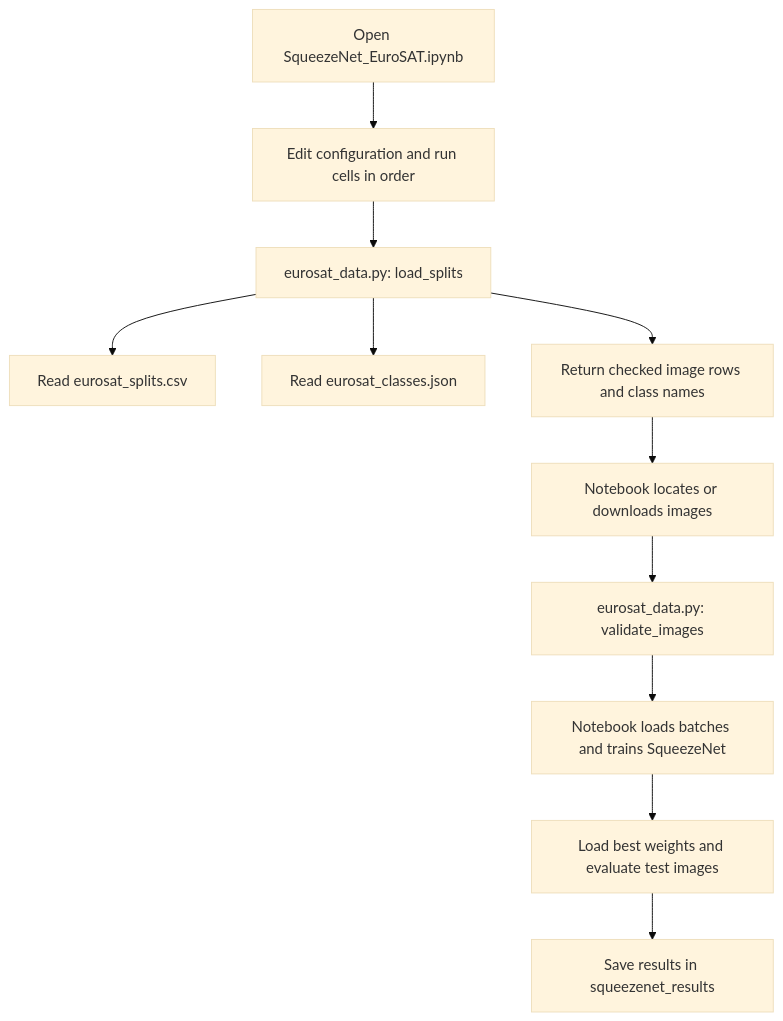
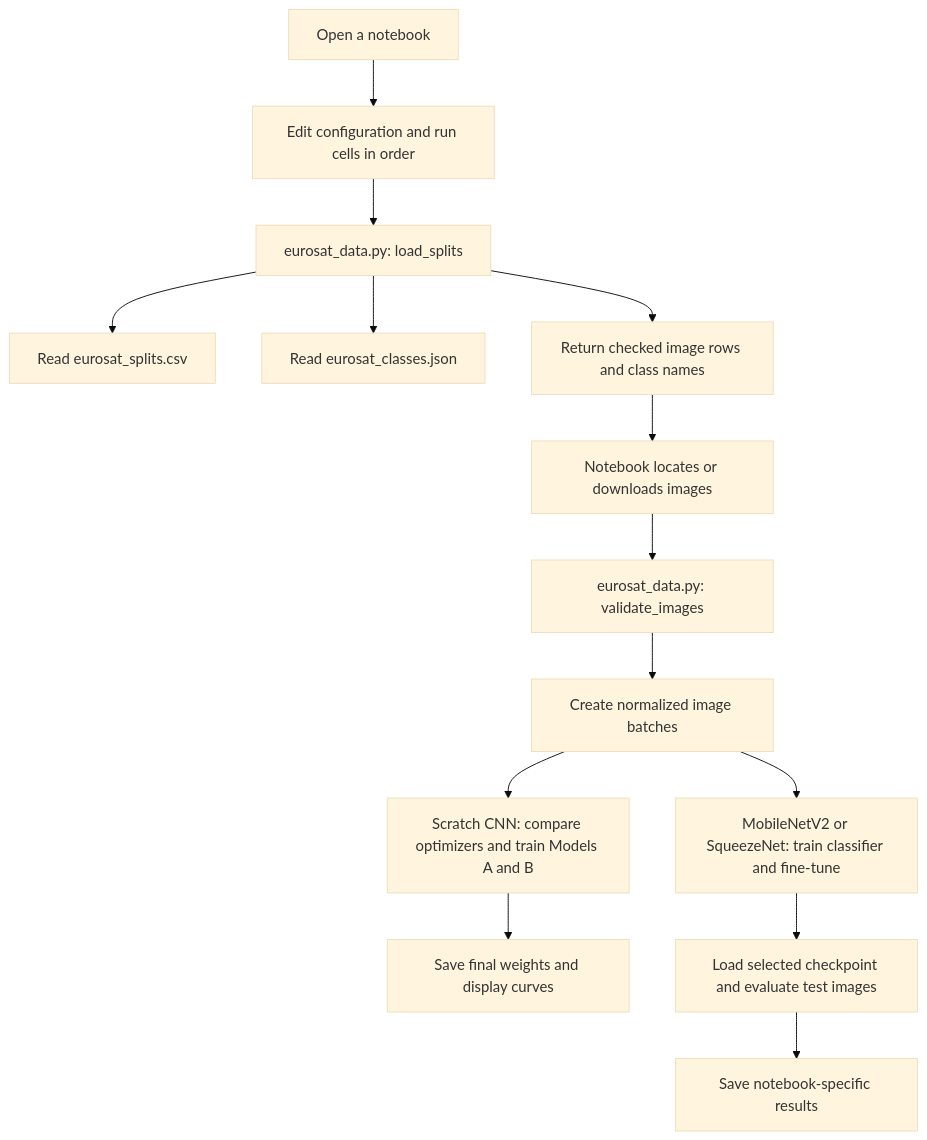
One commit to hirunanimesh/EuroSAT-CNN-Classification changed the diagram in README.md. Above: the diagram before and after it, drawn with Mermaid (base theme). The commit also changed other lines of this file, not shown here.

````diff
--- a/README.md
+++ b/README.md
@@ -125,13 +246,16 @@
 ```mermaid
 flowchart TD
-    A[Open SqueezeNet_EuroSAT.ipynb] --> B[Edit configuration and run cells in order]
+    A[Open a notebook] --> B[Edit configuration and run cells in order]
     B --> C[eurosat_data.py: load_splits]
     C --> D[Read eurosat_splits.csv]
     C --> E[Read eurosat_classes.json]
     C --> F[Return checked image rows and class names]
     F --> G[Notebook locates or downloads images]
     G --> H[eurosat_data.py: validate_images]
-    H --> I[Notebook loads batches and trains SqueezeNet]
-    I --> J[Load best weights and evaluate test images]
-    J --> K[Save results in squeezenet_results]
+    H --> I[Create normalized image batches]
+    I --> J[Scratch CNN: compare optimizers and train Models A and B]
+    J --> K[Save final weights and display curves]
+    I --> L[MobileNetV2 or SqueezeNet: train classifier and fine-tune]
+    L --> M[Load selected checkpoint and evaluate test images]
+    M --> N[Save notebook-specific results]
 ```
````
